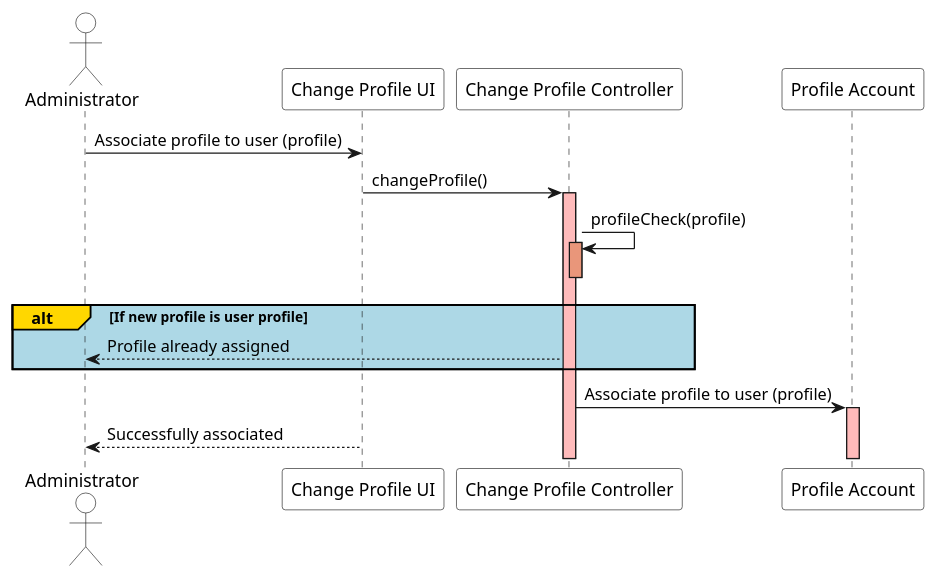
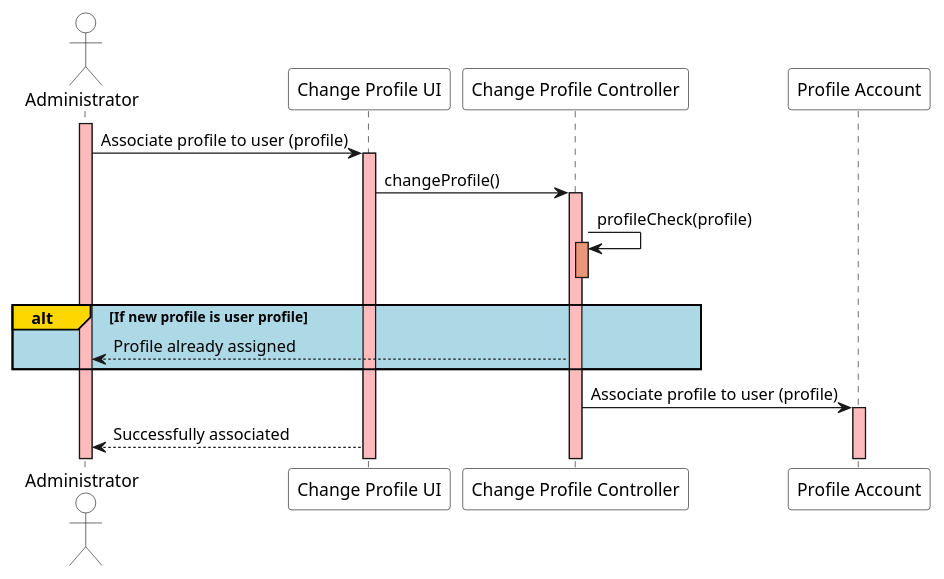
The diagram in docs/modelling_design/user_stories/us003/US003_ChangeProfileSD.puml (ivo-menezes/project_g3), drawn with PlantUML before and after one commit.

Commit message:
US003: Design: US003_ChangeProfileSD (New Update)

```diff
--- a/docs/modelling_design/user_stories/us003/US003_ChangeProfileSD.puml
+++ b/docs/modelling_design/user_stories/us003/US003_ChangeProfileSD.puml
@@ -1,22 +1,24 @@
 @startuml
 
 actor Administrator  as Administrator #white
 participant "Change Profile UI" as UI #white
 participant "Change Profile Controller" as Controller #white
 participant "Profile Account" as Account #white
 
+activate Administrator #FFBBBB
 Administrator ->  UI : Associate profile to user (profile)
+activate UI #FFBBBB
 UI -> Controller :  changeProfile()
 activate Controller #FFBBBB
 Controller -> Controller: profileCheck(profile)
 activate Controller #DarkSalmon
 deactivate Controller #DarkSalmon
 
 alt#Gold #LightBlue If new profile is user profile
 Administrator <-- Controller : Profile already assigned
 end
 
 Controller -> Account : Associate profile to user (profile)
 activate Account #FFBBBB
 Administrator <-- UI: Successfully associated
 @enduml
```
